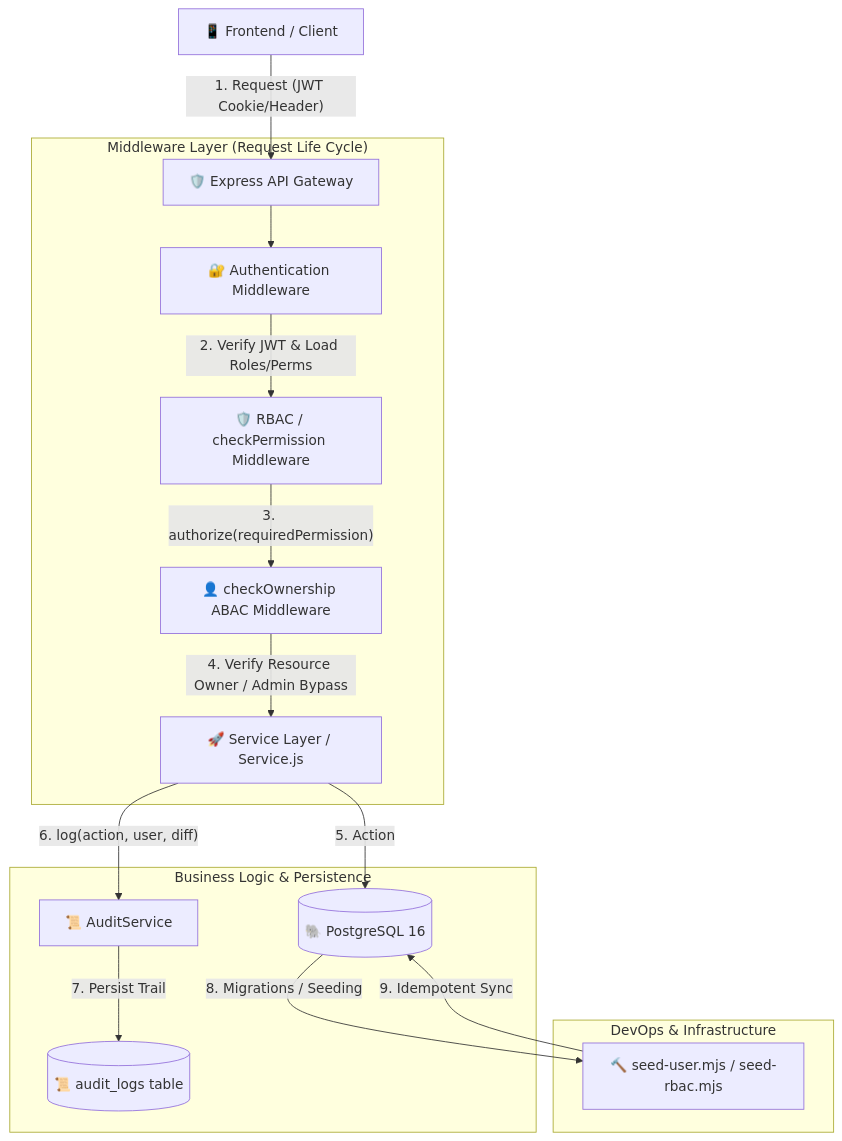
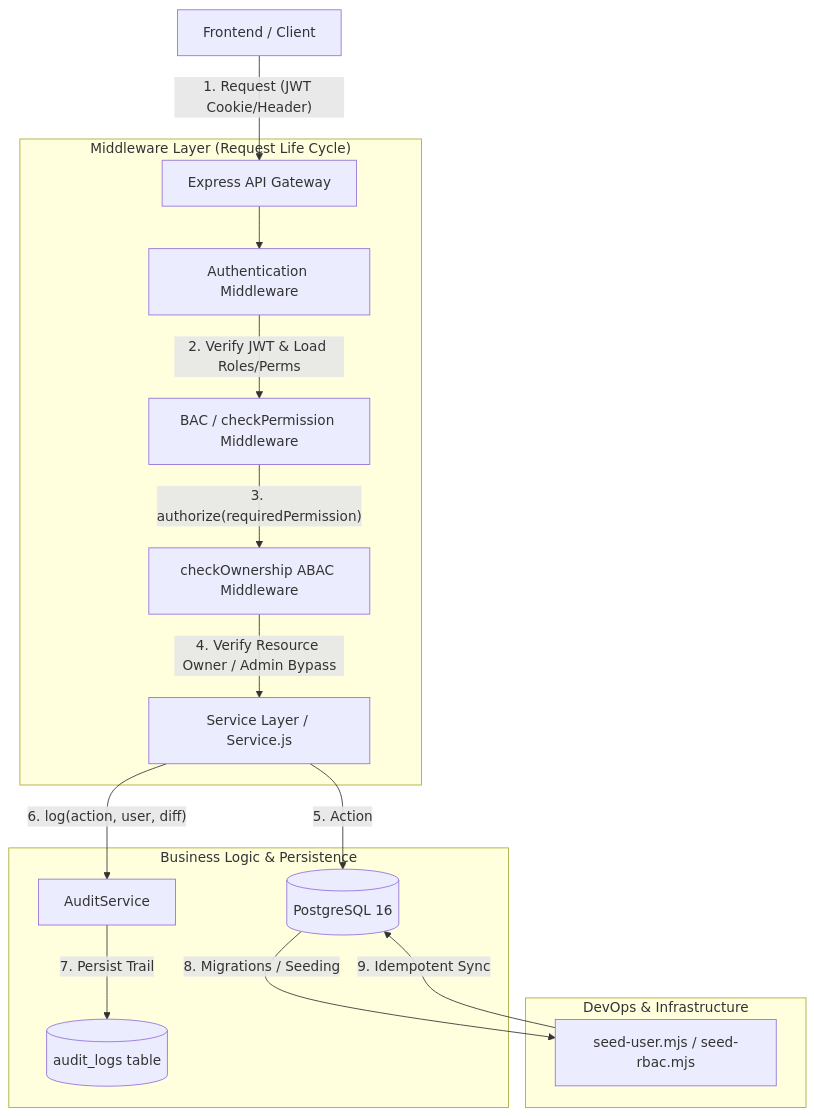
Before and after one commit to Jayakrishnasai/Nimbus-Payment-Gateway: the diagram in README.md, drawn with Mermaid.

````diff
--- a/README.md
+++ b/README.md
@@ -48,22 +48,22 @@
 ```mermaid
 graph TD
-    Client[📱 Frontend / Client] -- "1. Request (JWT Cookie/Header)" --> APIGateway[🛡️ Express API Gateway]
+    Client[Frontend / Client] -- "1. Request (JWT Cookie/Header)" --> APIGateway[Express API Gateway]
     
     subgraph "Middleware Layer (Request Life Cycle)"
-        APIGateway --> Auth[🔐 Authentication Middleware]
-        Auth -- "2. Verify JWT & Load Roles/Perms" --> RBAC[🛡️ RBAC / checkPermission Middleware]
-        RBAC -- "3. authorize(requiredPermission)" --> Ownership[👤 checkOwnership ABAC Middleware]
+        APIGateway --> Auth[Authentication Middleware]
+        Auth -- "2. Verify JWT & Load Roles/Perms" --> RBAC[BAC / checkPermission Middleware]
+        RBAC -- "3. authorize(requiredPermission)" --> Ownership[checkOwnership ABAC Middleware]
         Ownership -- "4. Verify Resource Owner / Admin Bypass" --> ServiceLayer
     end
 
     subgraph "Business Logic & Persistence"
-        ServiceLayer[🚀 Service Layer / Service.js] -- "5. Action" --> DB[(🐘 PostgreSQL 16)]
-        ServiceLayer -- "6. log(action, user, diff)" --> AuditService[📜 AuditService]
-        AuditService -- "7. Persist Trail" --> AuditDB[(📜 audit_logs table)]
+        ServiceLayer[Service Layer / Service.js] -- "5. Action" --> DB[(PostgreSQL 16)]
+        ServiceLayer -- "6. log(action, user, diff)" --> AuditService[AuditService]
+        AuditService -- "7. Persist Trail" --> AuditDB[(audit_logs table)]
     end
 
     subgraph "DevOps & Infrastructure"
-        DB -- "8. Migrations / Seeding" --> Scripts[🔨 seed-user.mjs / seed-rbac.mjs]
+        DB -- "8. Migrations / Seeding" --> Scripts[seed-user.mjs / seed-rbac.mjs]
         Scripts -- "9. Idempotent Sync" --> DB
     end
 ```
````
